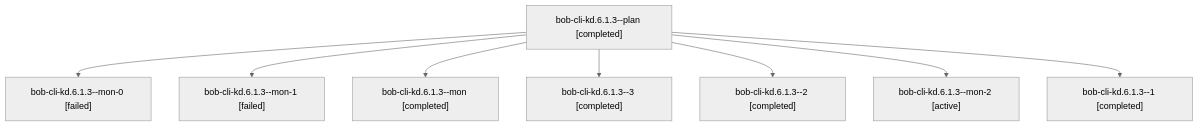
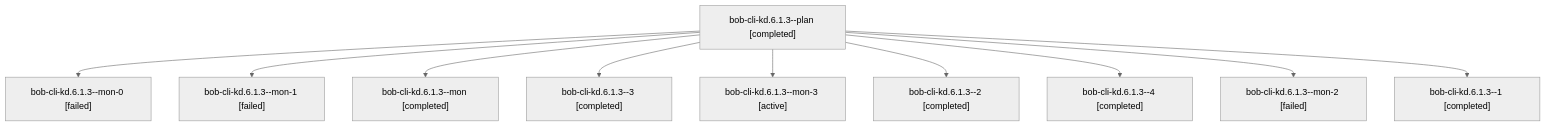
The diagram in sessions/bbugyi200.athena.bob-cli-kd.6.1.3.md (bobs-org/bob-cli--agents), drawn with Mermaid (neutral theme) before and after one commit. The commit also changed other lines of this file and 86 other files, not shown here.

````diff
--- a/sessions/bbugyi200.athena.bob-cli-kd.6.1.3.md
+++ b/sessions/bbugyi200.athena.bob-cli-kd.6.1.3.md
@@ -9,18 +9,22 @@
 ```mermaid
 flowchart TD
   n0["bob-cli-kd.6.1.3--plan [completed]"]
   n1["bob-cli-kd.6.1.3--mon-0 [failed]"]
   n0 --> n1
   n2["bob-cli-kd.6.1.3--mon-1 [failed]"]
   n0 --> n2
   n3["bob-cli-kd.6.1.3--mon [completed]"]
   n0 --> n3
   n4["bob-cli-kd.6.1.3--3 [completed]"]
   n0 --> n4
-  n5["bob-cli-kd.6.1.3--2 [completed]"]
+  n5["bob-cli-kd.6.1.3--mon-3 [active]"]
   n0 --> n5
-  n6["bob-cli-kd.6.1.3--mon-2 [active]"]
+  n6["bob-cli-kd.6.1.3--2 [completed]"]
   n0 --> n6
-  n7["bob-cli-kd.6.1.3--1 [completed]"]
+  n7["bob-cli-kd.6.1.3--4 [completed]"]
   n0 --> n7
+  n8["bob-cli-kd.6.1.3--mon-2 [failed]"]
+  n0 --> n8
+  n9["bob-cli-kd.6.1.3--1 [completed]"]
+  n0 --> n9
 ```
````
